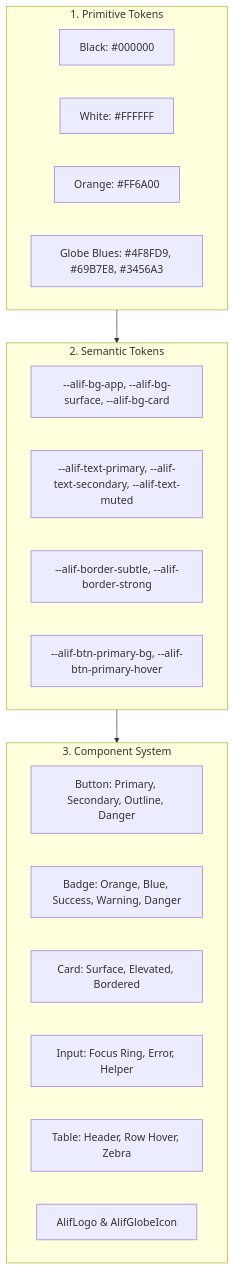
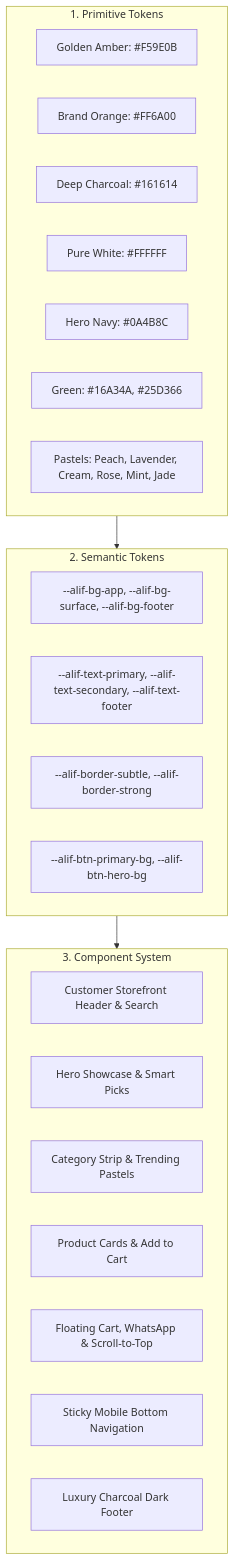
Before and after one commit to I-Am-Mohan/alifworld: the diagram in docs/architecture/design-system-and-brand-tokens.md, drawn with Mermaid. The commit also changed other lines of this file and 55 other files, not shown here.

````diff
--- a/docs/architecture/design-system-and-brand-tokens.md
+++ b/docs/architecture/design-system-and-brand-tokens.md
@@ -40,27 +39,31 @@
 ```mermaid
 flowchart TD
     subgraph Primitives["1. Primitive Tokens"]
-        P_Black["Black: #000000"]
-        P_White["White: #FFFFFF"]
-        P_Orange["Orange: #FF6A00"]
-        P_Blues["Globe Blues: #4F8FD9, #69B7E8, #3456A3"]
+        P_Amber["Golden Amber: #F59E0B"]
+        P_Orange["Brand Orange: #FF6A00"]
+        P_Charcoal["Deep Charcoal: #161614"]
+        P_White["Pure White: #FFFFFF"]
+        P_Navy["Hero Navy: #0A4B8C"]
+        P_Green["Green: #16A34A, #25D366"]
+        P_Pastels["Pastels: Peach, Lavender, Cream, Rose, Mint, Jade"]
     end
 
     subgraph Semantic["2. Semantic Tokens"]
-        S_Bg["--alif-bg-app, --alif-bg-surface, --alif-bg-card"]
-        S_Text["--alif-text-primary, --alif-text-secondary, --alif-text-muted"]
+        S_Bg["--alif-bg-app, --alif-bg-surface, --alif-bg-footer"]
+        S_Text["--alif-text-primary, --alif-text-secondary, --alif-text-footer"]
         S_Border["--alif-border-subtle, --alif-border-strong"]
-        S_Action["--alif-btn-primary-bg, --alif-btn-primary-hover"]
+        S_Action["--alif-btn-primary-bg, --alif-btn-hero-bg"]
     end
 
     subgraph Components["3. Component System"]
-        C_Button["Button: Primary, Secondary, Outline, Danger"]
-        C_Badge["Badge: Orange, Blue, Success, Warning, Danger"]
-        C_Card["Card: Surface, Elevated, Bordered"]
-        C_Input["Input: Focus Ring, Error, Helper"]
-        C_Table["Table: Header, Row Hover, Zebra"]
-        C_Logo["AlifLogo & AlifGlobeIcon"]
+        C_Header["Customer Storefront Header & Search"]
+        C_Hero["Hero Showcase & Smart Picks"]
+        C_Categories["Category Strip & Trending Pastels"]
+        C_Products["Product Cards & Add to Cart"]
+        C_Floats["Floating Cart, WhatsApp & Scroll-to-Top"]
+        C_MobileNav["Sticky Mobile Bottom Navigation"]
+        C_Footer["Luxury Charcoal Dark Footer"]
     end
 
     Primitives --> Semantic --> Components
 ```
````
